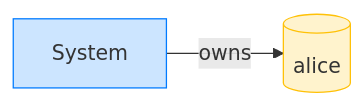
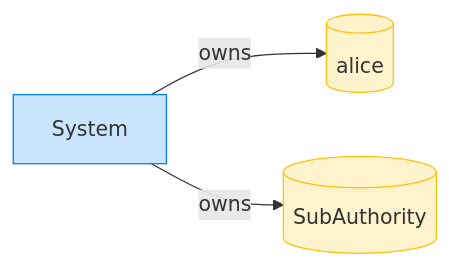
The eighth of 8 diagrams in dsl_tests/a-closed-authority-account-is-zeroed.md (cds-rs/subscriptions), drawn with Mermaid before and after one commit. The commit also changed other lines of this file and 224 other files, not shown here.

````diff
--- a/dsl_tests/a-closed-authority-account-is-zeroed.md
+++ b/dsl_tests/a-closed-authority-account-is-zeroed.md
@@ -138,8 +144,10 @@
 ```mermaid
 flowchart LR
     classDef owner fill:#cce5ff,stroke:#007bff;
     classDef account fill:#fff3cd,stroke:#ffc107;
     System[System]:::owner
     alice[(alice)]:::account
+    SubAuthority[(SubAuthority)]:::account
     System -->|owns| alice
+    System -->|owns| SubAuthority
 ```
````
